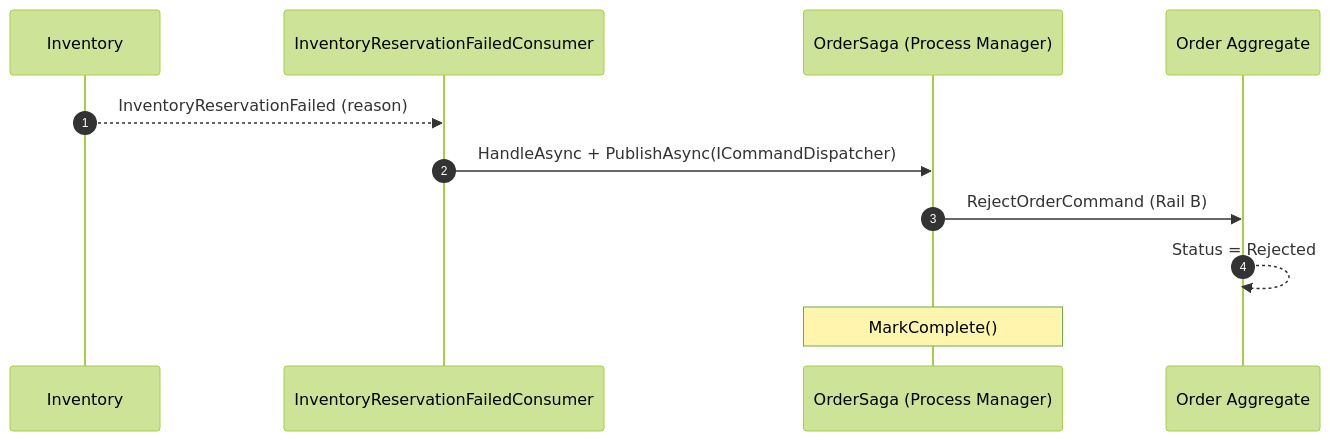
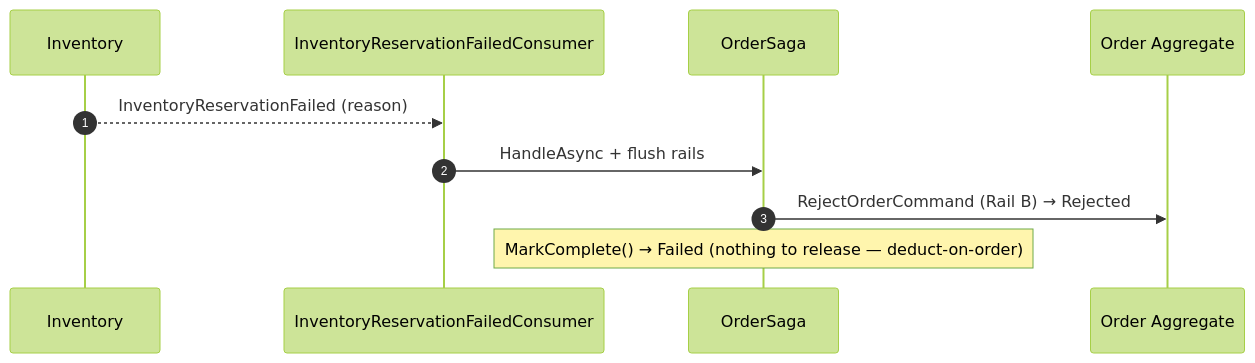
Diagram 15 of 17 in Order/src/EShop.Order.API/README.md (mnnam1302/EShop), drawn with Mermaid (forest theme) before and after one commit. The commit also changed other lines of this file and 105 other files, not shown here.

First line of the commit message:
[EShop-2606] Introduce Finance service + Place-Order saga payment step (#71)

````diff
--- a/Order/src/EShop.Order.API/README.md
+++ b/Order/src/EShop.Order.API/README.md
@@ -319,14 +463,13 @@
 ```mermaid
 sequenceDiagram
     autonumber
     participant INV  as Inventory
     participant IRFC as InventoryReservationFailedConsumer
-    participant PM   as OrderSaga (Process Manager)
+    participant PM   as OrderSaga
     participant OA   as Order Aggregate
 
     INV-->>IRFC: InventoryReservationFailed (reason)
-    IRFC->>PM: HandleAsync + PublishAsync(ICommandDispatcher)
-    PM->>OA: RejectOrderCommand (Rail B)
-    OA-->>OA: Status = Rejected
-    Note over PM: MarkComplete()
+    IRFC->>PM: HandleAsync + flush rails
+    PM->>OA: RejectOrderCommand (Rail B) → Rejected
+    Note over PM: MarkComplete() → Failed (nothing to release — deduct-on-order)
 ```
````
